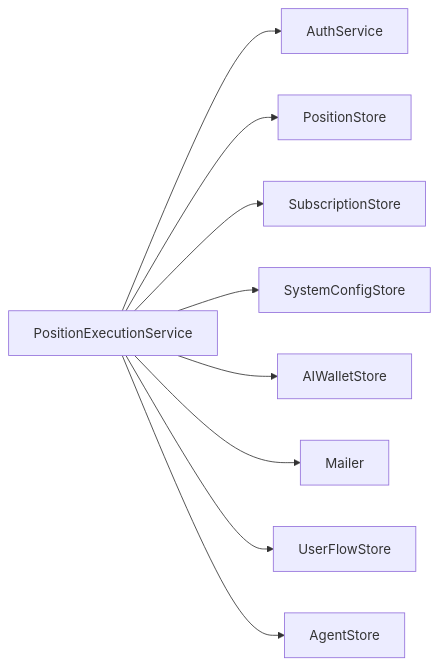
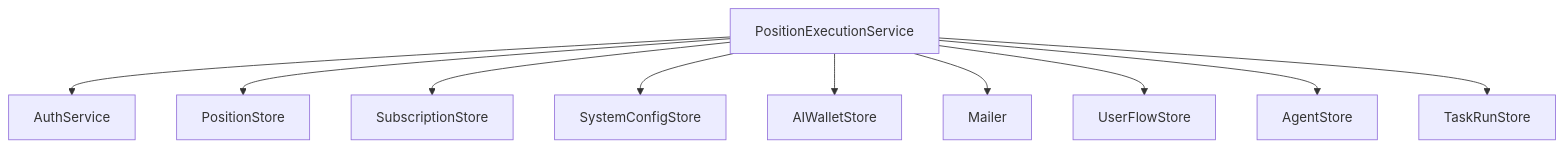
One commit to alvinwangzi/goodhr changed the ninth of 9 diagrams in .qoder/repowiki/zh/content/API接口文档/云端REST API/岗位管理API/岗位执行控制接口.md. Above: the diagram before and after it, drawn with Mermaid. The commit also changed other lines of this file and 149 other files, not shown here.

````diff
--- a/.qoder/repowiki/zh/content/API接口文档/云端REST API/岗位管理API/岗位执行控制接口.md
+++ b/.qoder/repowiki/zh/content/API接口文档/云端REST API/岗位管理API/岗位执行控制接口.md
@@ -219,11 +373,12 @@
 ```mermaid
-graph LR
+graph TB
 Exec["PositionExecutionService"] --> Auth["AuthService"]
-Exec --> PosStore["PositionStore"]
+Exec --> Store["PositionStore"]
 Exec --> Sub["SubscriptionStore"]
-Exec --> SysCfg["SystemConfigStore"]
+Exec --> Config["SystemConfigStore"]
 Exec --> Wallet["AIWalletStore"]
 Exec --> Mail["Mailer"]
 Exec --> Flow["UserFlowStore"]
 Exec --> Agent["AgentStore"]
+Exec --> Run["TaskRunStore"]
 ```
````
